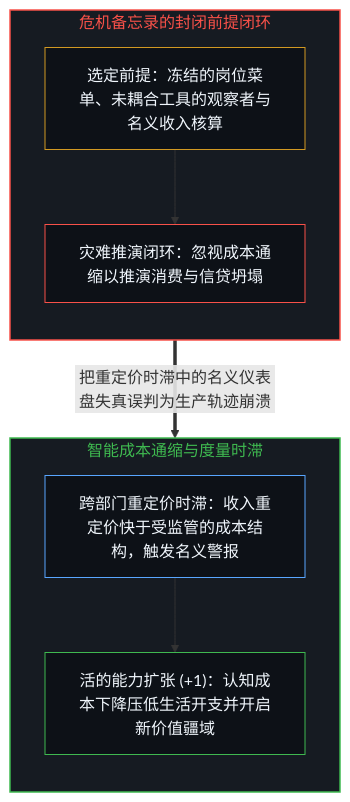
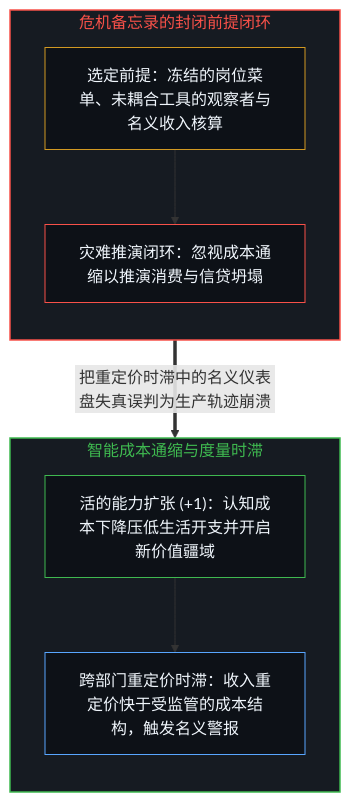
Before and after one commit to powerpig99/not-a-toe: the first of 2 diagrams in content/posts/intelligence-crisis-response.md, drawn with Mermaid. The commit also changed other lines of this file and 4 other files, not shown here.

````diff
--- a/content/posts/intelligence-crisis-response.md
+++ b/content/posts/intelligence-crisis-response.md
@@ -17,22 +17,22 @@
 ```mermaid
 flowchart TD
     subgraph S_Memo["危机备忘录的封闭前提闭环"]
         direction TB
         Premise["选定前提：冻结的岗位菜单、未耦合工具的观察者与名义收入核算"]
         Loop["灾难推演闭环：忽视成本通缩以推演消费与信贷坍塌"]
         Premise --> Loop
     end
     subgraph S_Real["智能成本通缩与度量时滞"]
         direction TB
+        Expand["活的能力扩张 (+1)：认知成本下降压低生活开支并开启新价值疆域"]
         Lag["跨部门重定价时滞：收入重定价快于受监管的成本结构，触发名义警报"]
-        Expand["活的能力扩张 (+1)：认知成本下降压低生活开支并开启新价值疆域"]
-        Lag --> Expand
+        Expand --> Lag
     end
     Loop ==>|"把重定价时滞中的名义仪表盘失真误判为生产轨迹崩溃"| Lag
     style S_Memo fill:#161b22,stroke:#f85149,stroke-width:1.5px,color:#f85149
     style S_Real fill:#161b22,stroke:#3fb950,stroke-width:1.5px,color:#3fb950
     style Premise fill:#0d1117,stroke:#d29922,stroke-width:1px,color:#f0f6fc
     style Loop fill:#0d1117,stroke:#f85149,stroke-width:1px,color:#f0f6fc
     style Lag fill:#0d1117,stroke:#58a6ff,stroke-width:1px,color:#f0f6fc
     style Expand fill:#0d1117,stroke:#3fb950,stroke-width:1px,color:#f0f6fc
 ```
````
